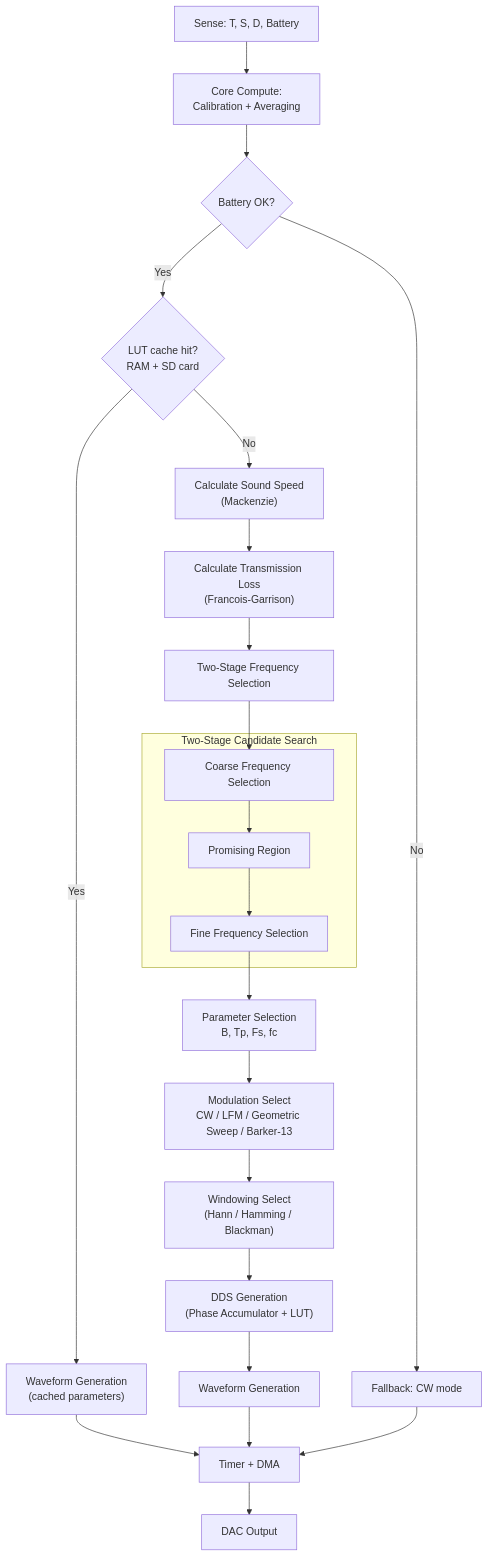
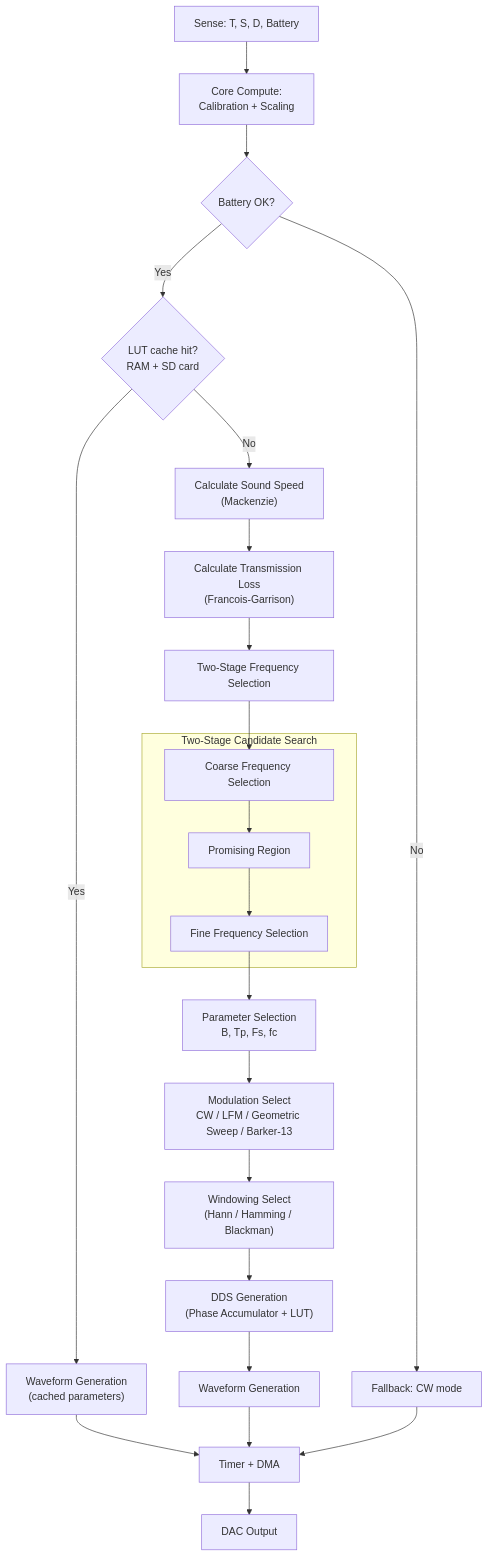
The diagram in README.md (fknight-coder/SNR), drawn with Mermaid before and after one commit.

Commit message:
Update README to reflect calibration scaling change

````diff
--- a/README.md
+++ b/README.md
@@ -44,28 +44,28 @@
 ```mermaid
 flowchart TD
-    A["Sense: T, S, D, Battery"] --> B["Core Compute:<br/>Calibration + Averaging"]
+    A["Sense: T, S, D, Battery"] --> B["Core Compute:<br/>Calibration + Scaling"]
     B --> C{Battery OK?}
     C -- No --> D["Fallback: CW mode"]
     C -- Yes --> E{LUT cache hit?<br/>RAM + SD card}
 
     E -- Yes --> F["Waveform Generation<br/>(cached parameters)"]
     E -- No --> G["Calculate Sound Speed<br/>(Mackenzie)"]
     G --> H["Calculate Transmission Loss<br/>(Francois-Garrison)"]
     H --> I["Two-Stage Frequency Selection"]
 
     subgraph TS["Two-Stage Candidate Search"]
         I1["Coarse Frequency Selection"] --> I2["Promising Region"]
         I2 --> I3["Fine Frequency Selection"]
     end
     I --> I1
     I3 --> J["Parameter Selection<br/>B, Tp, Fs, fc"]
     J --> K["Modulation Select<br/>CW / LFM / Geometric Sweep / Barker-13"]
     K --> L["Windowing Select<br/>(Hann / Hamming / Blackman)"]
     L --> M["DDS Generation<br/>(Phase Accumulator + LUT)"]
     M --> N["Waveform Generation"]
 
     F --> O["Timer + DMA"]
     N --> O
     D --> O
     O --> P["DAC Output"]
 ```
````
